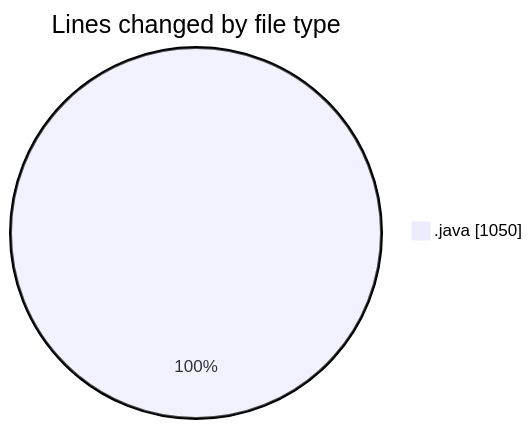
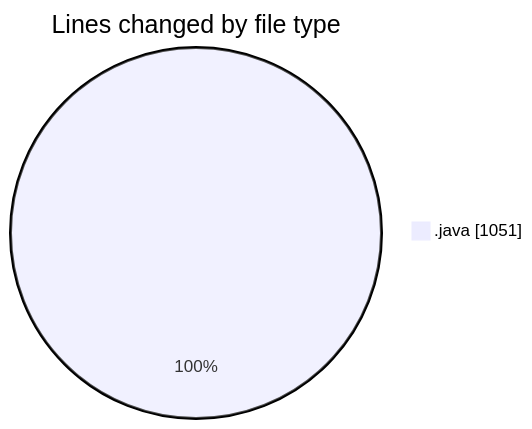
Before and after one commit to ricardozamudiocil/code-tracking: the first of 2 diagrams in 2026-07-08/cilapp/README.md, drawn with Mermaid. The commit also changed other lines of this file and 1 other file, not shown here.

````diff
--- a/2026-07-08/cilapp/README.md
+++ b/2026-07-08/cilapp/README.md
@@ -20,5 +20,5 @@
 ```mermaid
 pie showData
 title Lines changed by file type
-".java" : 1050
+".java" : 1051
 ```
````
